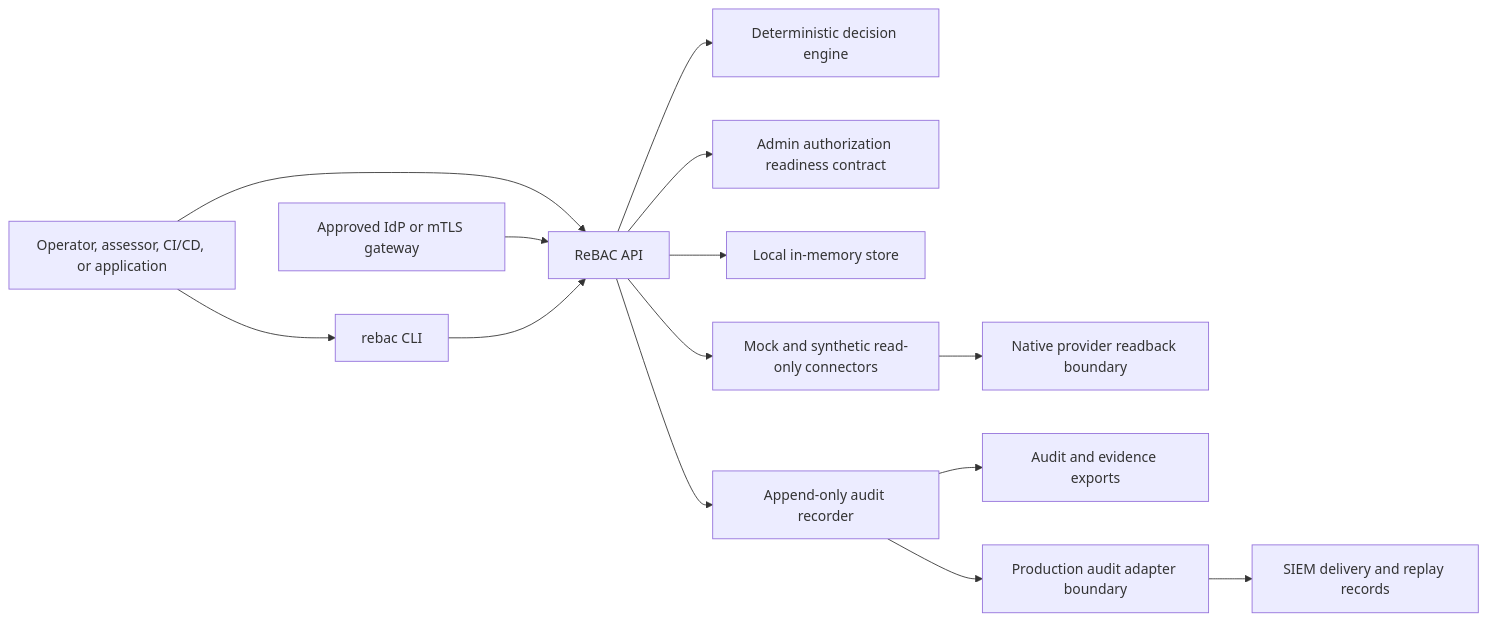
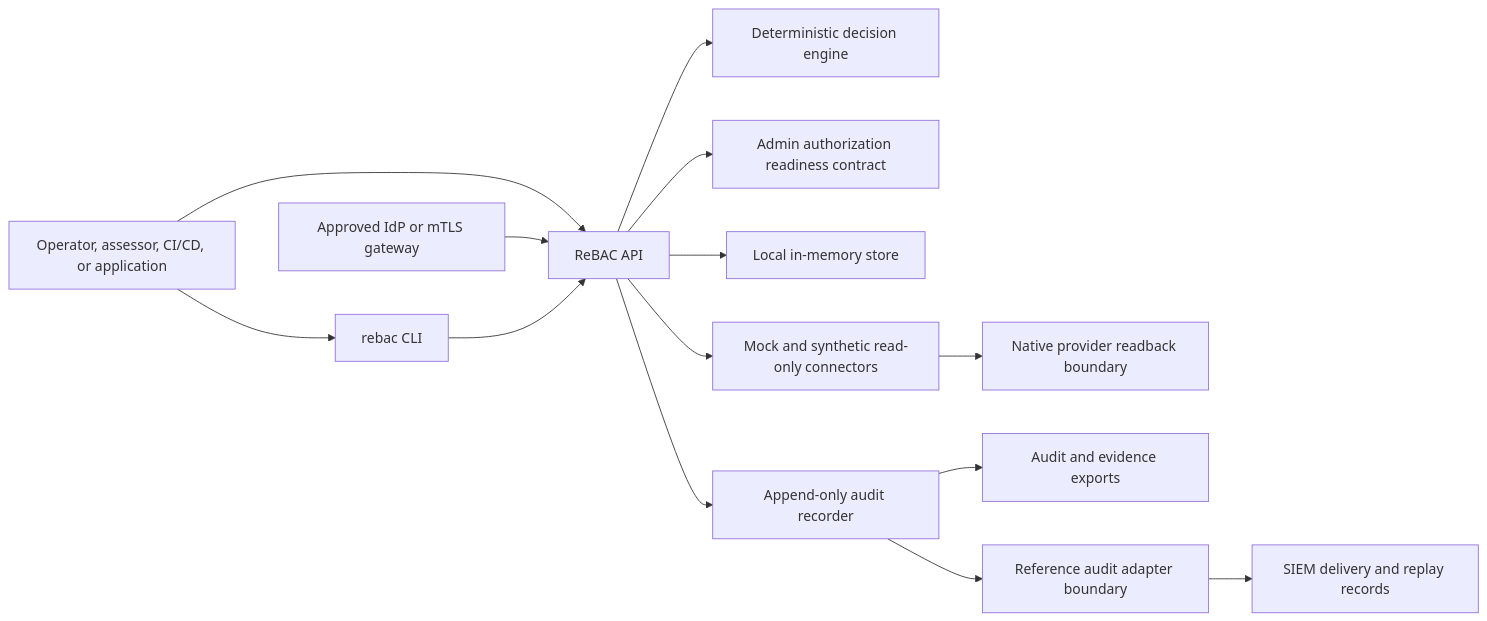
One commit to pbroom/access-kit changed the diagram in docs/system-context-and-boundary.md. Above: the diagram before and after it, drawn with Mermaid. The commit also changed 44 other files, not shown here.

````diff
--- a/docs/system-context-and-boundary.md
+++ b/docs/system-context-and-boundary.md
@@ -21,16 +21,16 @@
 ```mermaid
 flowchart LR
   user["Operator, assessor, CI/CD, or application"] --> cli["rebac CLI"]
   user --> api["ReBAC API"]
   idp["Approved IdP or mTLS gateway"] --> api
   cli --> api
   api --> engine["Deterministic decision engine"]
   api --> adminauth["Admin authorization readiness contract"]
   api --> store["Local in-memory store"]
   api --> connectors["Mock and synthetic read-only connectors"]
   connectors --> native["Native provider readback boundary"]
   api --> audit["Append-only audit recorder"]
   audit --> evidence["Audit and evidence exports"]
-  audit --> worm["Production audit adapter boundary"]
+  audit --> worm["Reference audit adapter boundary"]
   worm --> siem["SIEM delivery and replay records"]
 ```
````
